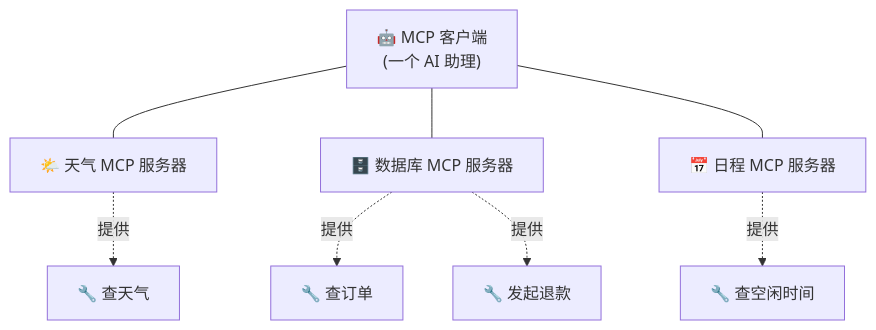
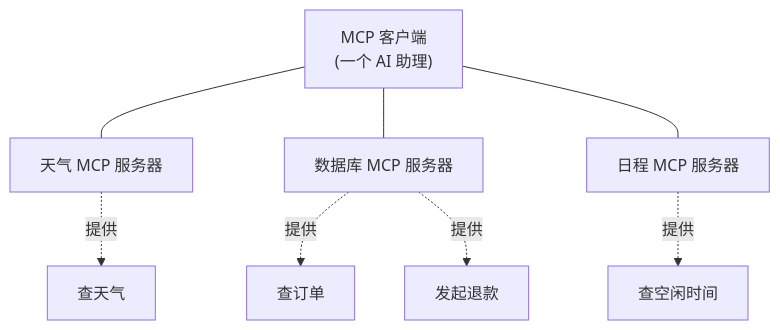
One commit to luckykhy/KhyAiHub changed the third of 6 diagrams in docs/02_CONCEPTS_概念入门/CONCEPT/[CONCEPT-04] 什么是MCP-模型上下文协议.md. Above: the diagram before and after it, drawn with Mermaid. The commit also changed other lines of this file and 19 other files, not shown here.

````diff
--- a/docs/02_CONCEPTS_概念入门/CONCEPT/[CONCEPT-04] 什么是MCP-模型上下文协议.md
+++ b/docs/02_CONCEPTS_概念入门/CONCEPT/[CONCEPT-04] 什么是MCP-模型上下文协议.md
@@ -115,11 +115,11 @@
 ```mermaid
 flowchart TB
-  AI["🤖 MCP 客户端<br/>(一个 AI 助理)"]
-  AI --- A["🌤️ 天气 MCP 服务器"]
-  AI --- B["🗄️ 数据库 MCP 服务器"]
-  AI --- C["📅 日程 MCP 服务器"]
-  A -.提供.-> A1["🔧 查天气"]
-  B -.提供.-> B1["🔧 查订单"]
-  B -.提供.-> B2["🔧 发起退款"]
-  C -.提供.-> C1["🔧 查空闲时间"]
+  AI["MCP 客户端<br/>(一个 AI 助理)"]
+  AI --- A["天气 MCP 服务器"]
+  AI --- B["数据库 MCP 服务器"]
+  AI --- C["日程 MCP 服务器"]
+  A -.提供.-> A1["查天气"]
+  B -.提供.-> B1["查订单"]
+  B -.提供.-> B2["发起退款"]
+  C -.提供.-> C1["查空闲时间"]
 ```
````
